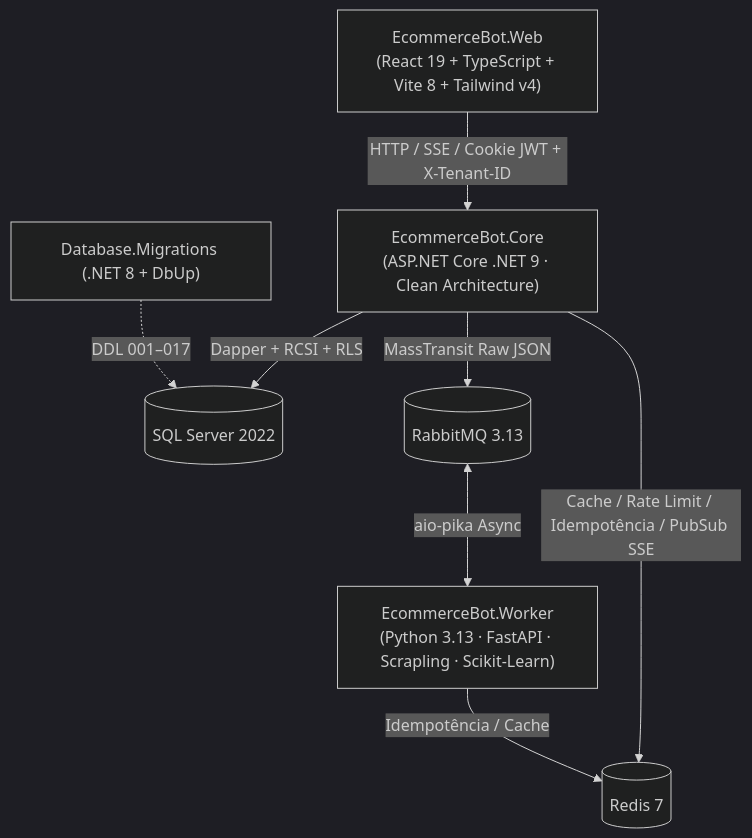
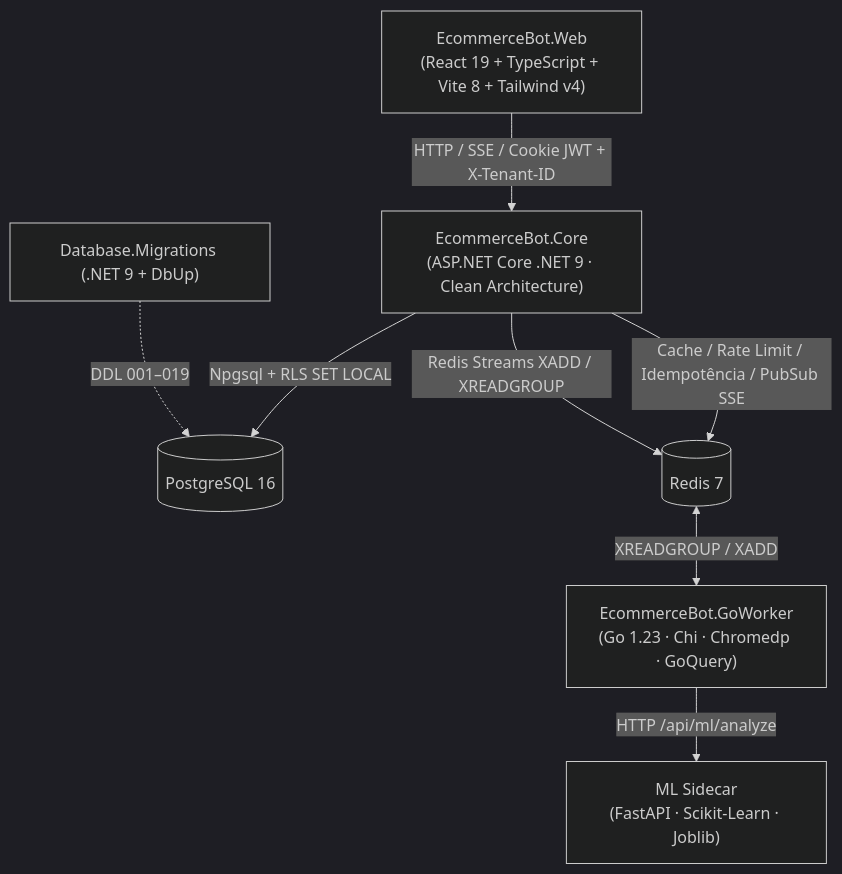
Before and after one commit to gregrymqt/ecomerce-bot: the diagram in docs/architecture.md, drawn with Mermaid (dark theme). The commit also changed other lines of this file and 61 other files, not shown here.

First line of the commit message:
feat(cleanup): remove legacy worker, add postgres scripts and update docs

````diff
--- a/docs/architecture.md
+++ b/docs/architecture.md
@@ -11,10 +11,10 @@
 ```mermaid
 flowchart TD
     SPA["EcommerceBot.Web<br/>(React 19 + TypeScript + Vite 8 + Tailwind v4)"] -->|HTTP / SSE / Cookie JWT + X-Tenant-ID| API["EcommerceBot.Core<br/>(ASP.NET Core .NET 9 · Clean Architecture)"]
-    API -->|Dapper + RCSI + RLS| MSSQL[("SQL Server 2022")]
+    API -->|Npgsql + RLS SET LOCAL| Postgres[("PostgreSQL 16")]
     API -->|Cache / Rate Limit / Idempotência / PubSub SSE| Redis[("Redis 7")]
-    API -->|MassTransit Raw JSON| Rabbit[("RabbitMQ 3.13")]
-    Rabbit <-->|aio-pika Async| Worker["EcommerceBot.Worker<br/>(Python 3.13 · FastAPI · Scrapling · Scikit-Learn)"]
-    Worker -->|Idempotência / Cache| Redis
-    Migrations["Database.Migrations (.NET 8 + DbUp)"] -.->|DDL 001–017| MSSQL
+    API -->|Redis Streams XADD / XREADGROUP| Redis
+    Redis <-->|XREADGROUP / XADD| GoWorker["EcommerceBot.GoWorker<br/>(Go 1.23 · Chi · Chromedp · GoQuery)"]
+    GoWorker -->|HTTP /api/ml/analyze| MLSidecar["ML Sidecar<br/>(FastAPI · Scikit-Learn · Joblib)"]
+    Migrations["Database.Migrations (.NET 9 + DbUp)"] -.->|DDL 001–019| Postgres
 ```
````
